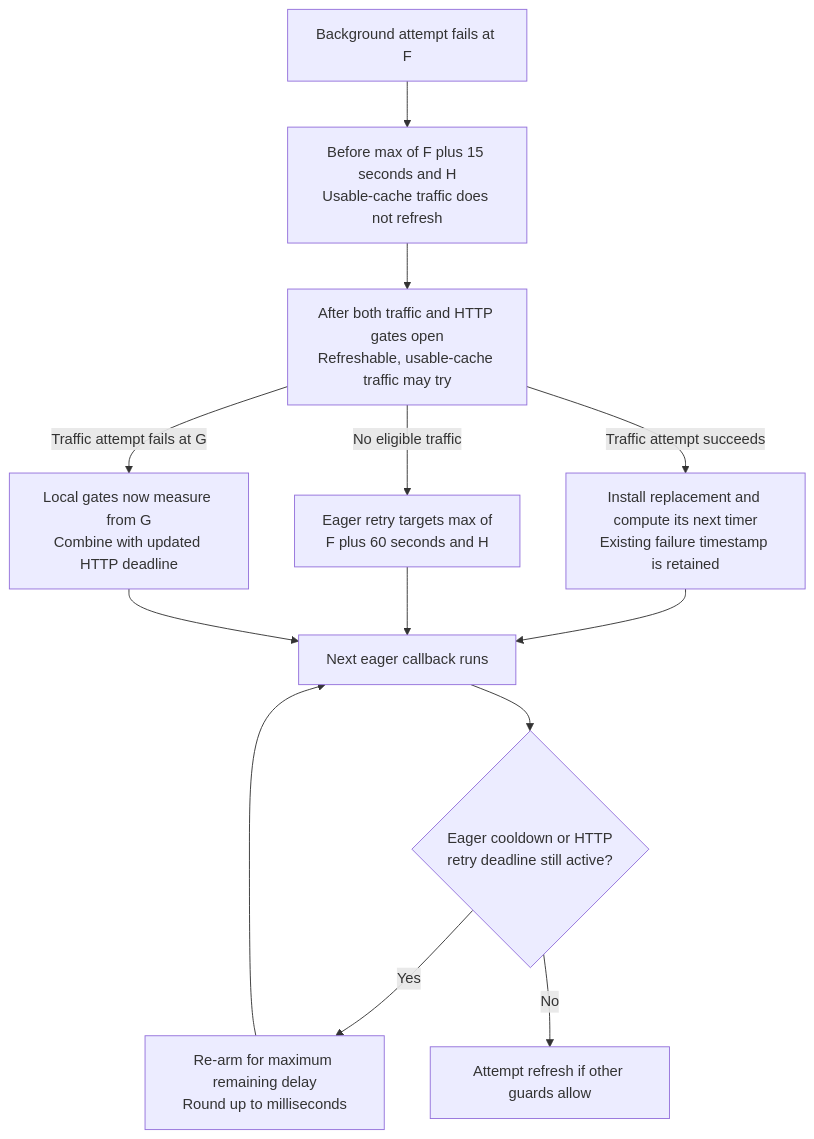
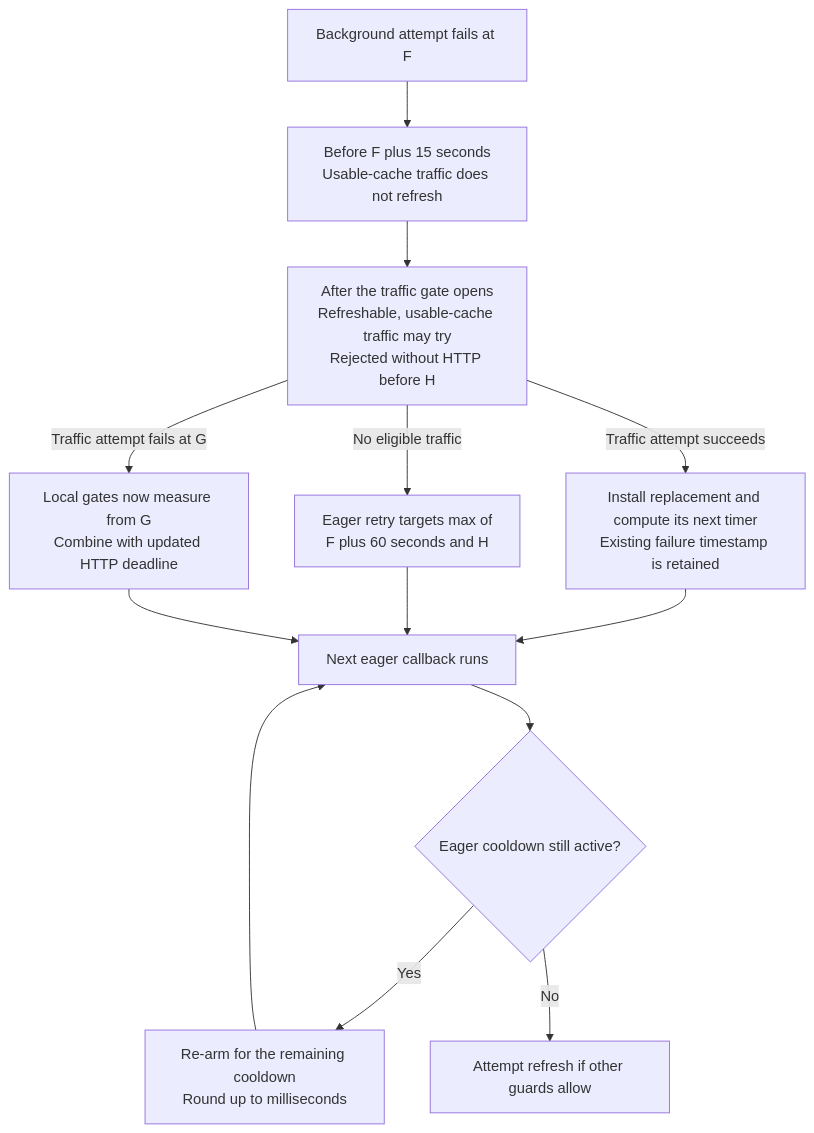
The sixth of 11 diagrams in jwt-client/docs/eager-preemptive-refresh/README.md (entur/jwt-resource-server), drawn with Mermaid before and after one commit. The commit also changed other lines of this file and 6 other files, not shown here.

First line of the commit message:
Remove the retry deadline supplier from the preemptive cache

````diff
--- a/jwt-client/docs/eager-preemptive-refresh/README.md
+++ b/jwt-client/docs/eager-preemptive-refresh/README.md
@@ -171,15 +171,15 @@
 ```mermaid
 flowchart TD
-    F["Background attempt fails at F"] --> Early["Before max of F plus 15 seconds and H<br/>Usable-cache traffic does not refresh"]
-    Early --> Traffic["After both traffic and HTTP gates open<br/>Refreshable, usable-cache traffic may try"]
+    F["Background attempt fails at F"] --> Early["Before F plus 15 seconds<br/>Usable-cache traffic does not refresh"]
+    Early --> Traffic["After the traffic gate opens<br/>Refreshable, usable-cache traffic may try<br/>Rejected without HTTP before H"]
     Traffic -->|No eligible traffic| Eager["Eager retry targets max of<br/>F plus 60 seconds and H"]
     Traffic -->|Traffic attempt fails at G| Restart["Local gates now measure from G<br/>Combine with updated HTTP deadline"]
     Traffic -->|Traffic attempt succeeds| New["Install replacement and compute its next timer<br/>Existing failure timestamp is retained"]
     New --> Callback["Next eager callback runs"]
-    Callback --> Gate{"Eager cooldown or HTTP<br/>retry deadline still active?"}
-    Gate -->|Yes| Defer["Re-arm for maximum remaining delay<br/>Round up to milliseconds"]
+    Callback --> Gate{"Eager cooldown still active?"}
+    Gate -->|Yes| Defer["Re-arm for the remaining cooldown<br/>Round up to milliseconds"]
     Gate -->|No| Attempt["Attempt refresh if other guards allow"]
     Defer --> Callback
     Eager --> Callback
     Restart --> Callback
 ```
````
